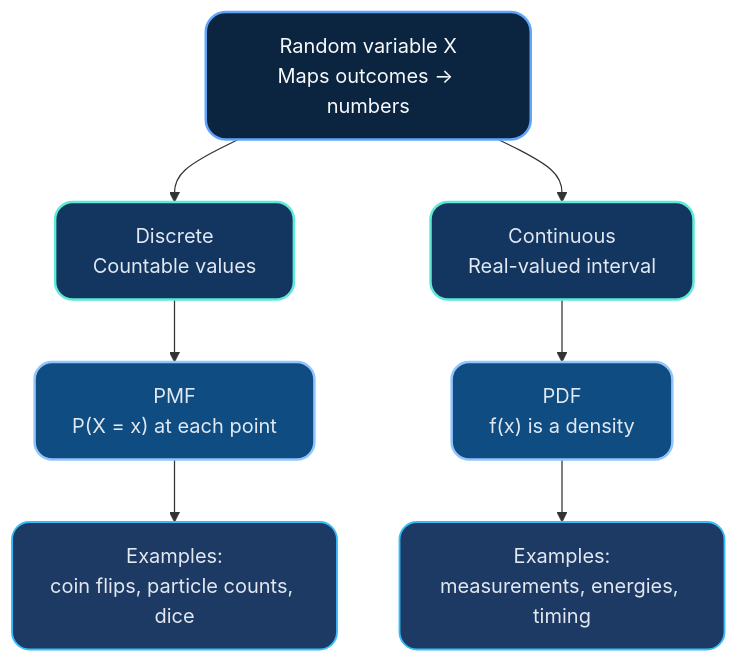
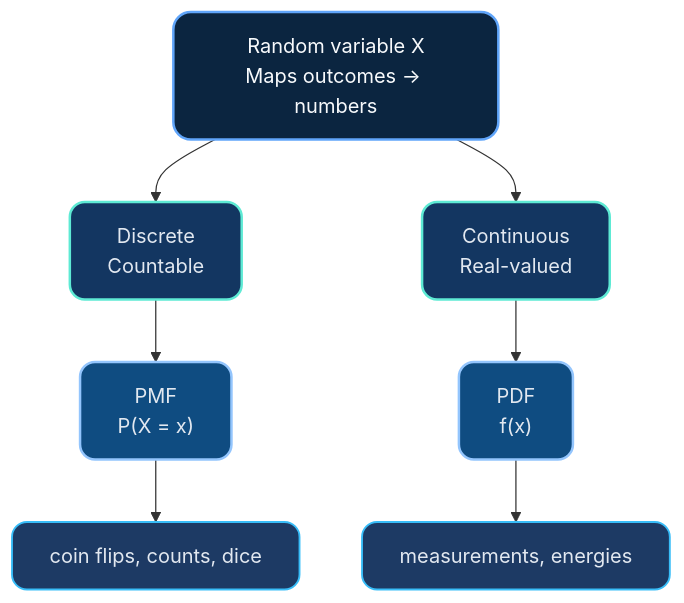
Before and after one commit to MindaugasSarpis/CERN_lessons_on_data_analysis: the third of 6 diagrams in lectures/content/slides/L9_Probability_and_Statistics.md, drawn with Mermaid. The commit also changed other lines of this file, not shown here.

````diff
--- a/lectures/content/slides/L9_Probability_and_Statistics.md
+++ b/lectures/content/slides/L9_Probability_and_Statistics.md
@@ -686,26 +587,26 @@
 ```mermaid
 %%{init: {'theme': 'dark', 'themeVariables': {
   'primaryColor': '#0f1f3d',
   'primaryBorderColor': '#60a5fa',
   'primaryTextColor': '#e2e8f0',
   'secondaryColor': '#102b4c',
   'tertiaryColor': '#143860',
   'lineColor': '#5eead4',
   'fontFamily': 'Inter, Segoe UI, sans-serif'
-}, 'flowchart': {'curve': 'basis', 'htmlLabels': true, 'nodeSpacing': 55, 'rankSpacing': 65}}%%
+}, 'flowchart': {'curve': 'basis', 'htmlLabels': true, 'nodeSpacing': 35, 'rankSpacing': 45}}%%
 flowchart TB
     RV["Random variable X<br/>Maps outcomes → numbers"]:::hub
-    RV --> Discrete["Discrete<br/>Countable values"]:::branch
-    RV --> Continuous["Continuous<br/>Real-valued interval"]:::branch
+    RV --> Discrete["Discrete<br/>Countable"]:::branch
+    RV --> Continuous["Continuous<br/>Real-valued"]:::branch
 
-    Discrete --> PMF["PMF<br/>P(X = x) at each point"]:::detail
-    Continuous --> PDF["PDF<br/>f(x) is a density"]:::detail
+    Discrete --> PMF["PMF<br/>P(X = x)"]:::detail
+    Continuous --> PDF["PDF<br/>f(x)"]:::detail
 
-    PMF --> DiscEx["Examples:<br/>coin flips, particle counts, dice"]:::example
-    PDF --> ContEx["Examples:<br/>measurements, energies, timing"]:::example
+    PMF --> DiscEx["coin flips, counts, dice"]:::example
+    PDF --> ContEx["measurements, energies"]:::example
 
-    classDef hub fill:#0b2540,stroke:#60a5fa,stroke-width:2px,color:#f8fafc,rx:16px,ry:16px;
-    classDef branch fill:#133661,stroke:#5eead4,stroke-width:2px,color:#e2e8f0,rx:14px,ry:14px;
-    classDef detail fill:#0f4c81,stroke:#93c5fd,stroke-width:2px,color:#e2e8f0,rx:14px,ry:14px;
-    classDef example fill:#1d3a64,stroke:#38bdf8,stroke-width:1.5px,color:#e2e8f0,rx:14px,ry:14px;
+    classDef hub fill:#0b2540,stroke:#60a5fa,stroke-width:2px,color:#f8fafc,rx:14px,ry:14px;
+    classDef branch fill:#133661,stroke:#5eead4,stroke-width:2px,color:#e2e8f0,rx:12px,ry:12px;
+    classDef detail fill:#0f4c81,stroke:#93c5fd,stroke-width:2px,color:#e2e8f0,rx:12px,ry:12px;
+    classDef example fill:#1d3a64,stroke:#38bdf8,stroke-width:1.5px,color:#e2e8f0,rx:12px,ry:12px;
 ```
````
